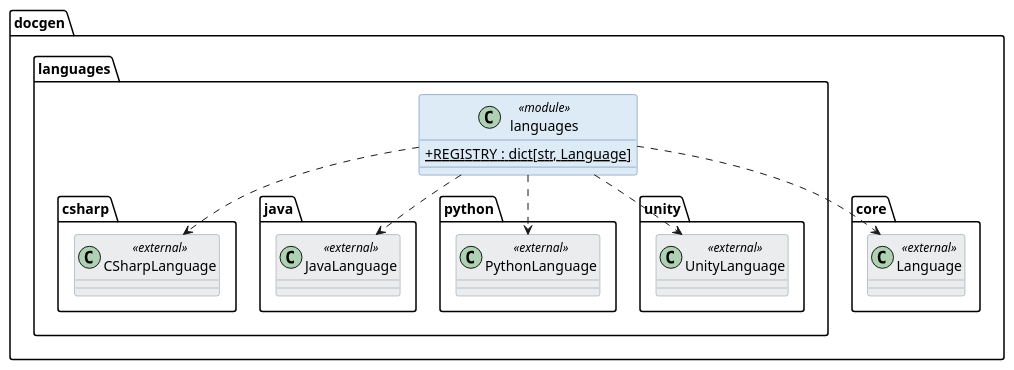
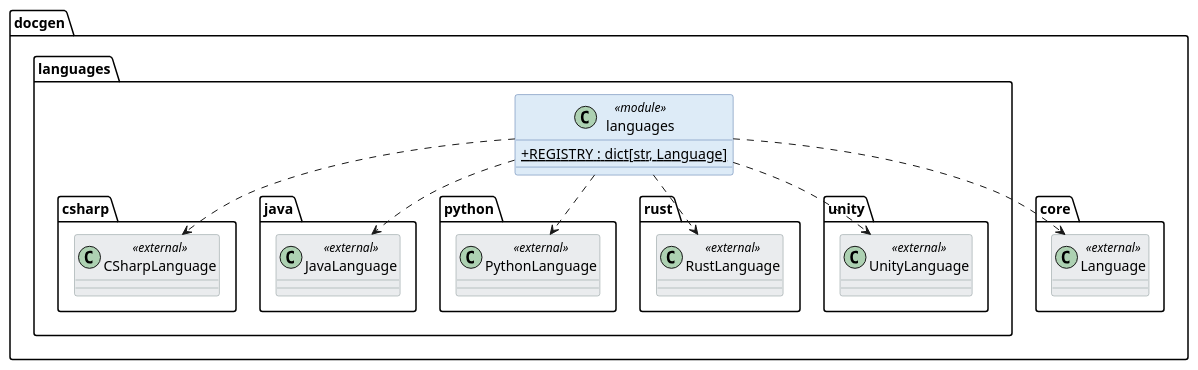
Before and after one commit to Boulede987/DocGeneration: the diagram in docs/Modelisation/Packages-Full/languages.puml, drawn with PlantUML. The commit also changed 132 other files, not shown here.

First line of the commit message:
feat(rust): generate class diagrams from Rust crates

```diff
--- a/docs/Modelisation/Packages-Full/languages.puml
+++ b/docs/Modelisation/Packages-Full/languages.puml
@@ -1,62 +1,65 @@
 @startuml languages
 
 skinparam classAttributeIconSize 0
 skinparam shadowing false
 
 skinparam class {
   BackgroundColor<<interface>> #D6EAF8
   BorderColor<<interface>> #2E86C1
 }
 skinparam class {
   BackgroundColor<<abstract>> #E8DAEF
   BorderColor<<abstract>> #8E44AD
 }
 skinparam class {
   BackgroundColor #D5F5E3
   BorderColor #27AE60
 }
 skinparam class {
   BackgroundColor<<dataclass>> #FCF3CF
   BorderColor<<dataclass>> #B7950B
 }
 skinparam class {
   BackgroundColor<<module>> #DDEBF7
   BorderColor<<module>> #4A6FA5
 }
 skinparam class {
   BackgroundColor<<static>> #a7faa0
   BorderColor<<static>> #38d610
 }
 skinparam class {
   BackgroundColor<<enum>> #F5B7B1
   BorderColor<<enum>> #C0392B
 }
 
 skinparam class {
   BackgroundColor<<external>> #EAECEE
   BorderColor<<external>> #839192
 }
 
 namespace docgen.languages {
 class languages <<module>> {
   + {static} REGISTRY : dict[str, Language]
 }
 }
 class docgen.core.Language <<external>> [[core.svg]] {
 }
 class docgen.languages.csharp.CSharpLanguage <<external>> [[csharp.svg]] {
 }
 class docgen.languages.java.JavaLanguage <<external>> [[java.svg]] {
 }
 class docgen.languages.python.PythonLanguage <<external>> [[python.svg]] {
 }
+class docgen.languages.rust.RustLanguage <<external>> [[rust.svg]] {
+}
 class docgen.languages.unity.UnityLanguage <<external>> [[unity.svg]] {
 }
 
 docgen.languages.languages ..> docgen.languages.csharp.CSharpLanguage
 docgen.languages.languages ..> docgen.languages.java.JavaLanguage
 docgen.languages.languages ..> docgen.core.Language
 docgen.languages.languages ..> docgen.languages.python.PythonLanguage
+docgen.languages.languages ..> docgen.languages.rust.RustLanguage
 docgen.languages.languages ..> docgen.languages.unity.UnityLanguage
 
 @enduml
```
